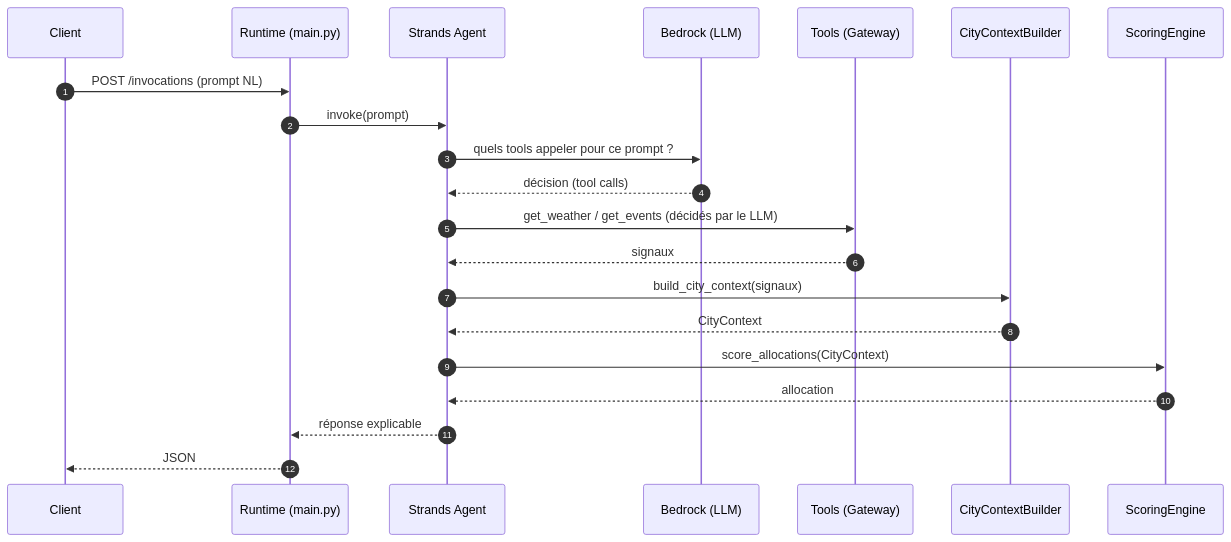
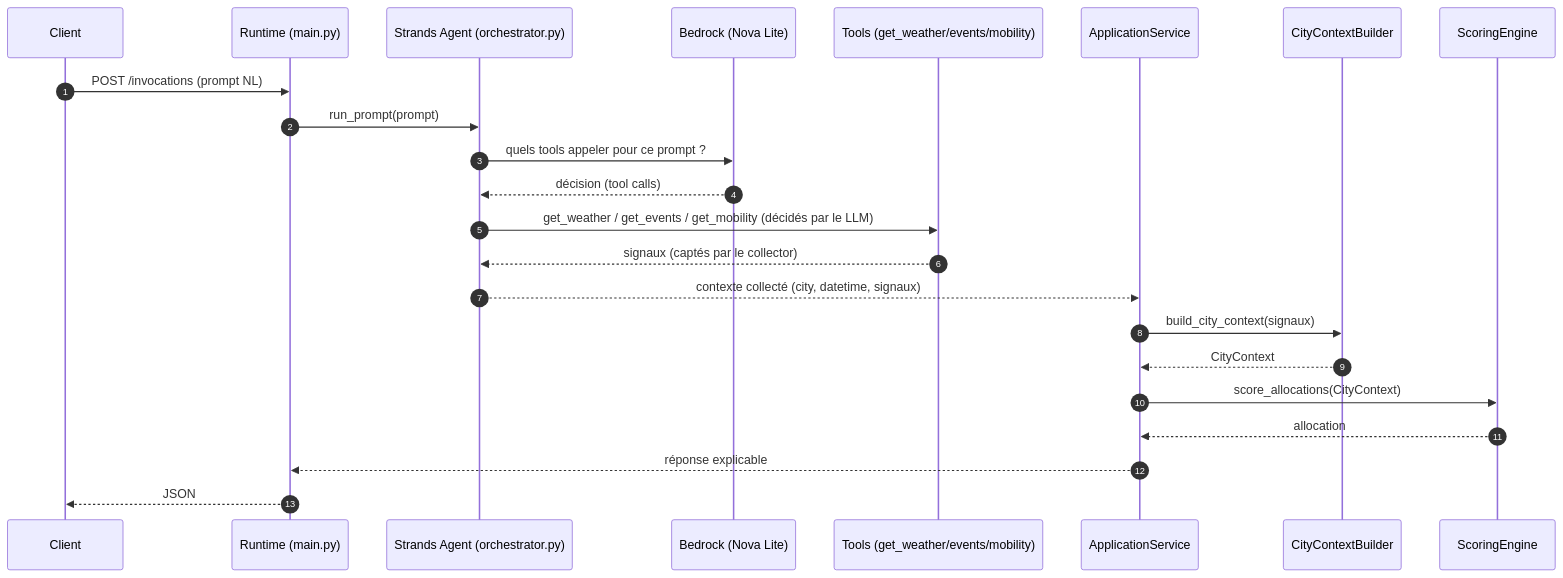
The second of 3 diagrams in docs/RUNTIME_MAPPING.md (ClementV78/aws-agentic-campaign-mvp), drawn with Mermaid before and after one commit. The commit also changed other lines of this file and 13 other files, not shown here.

First line of the commit message:
docs: resync to the deployed agentic MVP + capability map & trace diagrams

````diff
--- a/docs/RUNTIME_MAPPING.md
+++ b/docs/RUNTIME_MAPPING.md
@@ -65,24 +78,26 @@
 ```mermaid
 sequenceDiagram
     autonumber
     participant C as Client
     participant RT as Runtime (main.py)
-    participant AG as Strands Agent
-    participant M as Bedrock (LLM)
-    participant T as Tools (Gateway)
+    participant AG as Strands Agent (orchestrator.py)
+    participant M as Bedrock (Nova Lite)
+    participant T as Tools (get_weather/events/mobility)
+    participant AS as ApplicationService
     participant B as CityContextBuilder
     participant S as ScoringEngine
 
     C->>RT: POST /invocations (prompt NL)
-    RT->>AG: invoke(prompt)
+    RT->>AG: run_prompt(prompt)
     AG->>M: quels tools appeler pour ce prompt ?
     M-->>AG: décision (tool calls)
-    AG->>T: get_weather / get_events (décidés par le LLM)
-    T-->>AG: signaux
-    AG->>B: build_city_context(signaux)
-    B-->>AG: CityContext
-    AG->>S: score_allocations(CityContext)
-    S-->>AG: allocation
-    AG-->>RT: réponse explicable
+    AG->>T: get_weather / get_events / get_mobility (décidés par le LLM)
+    T-->>AG: signaux (captés par le collector)
+    AG-->>AS: contexte collecté (city, datetime, signaux)
+    AS->>B: build_city_context(signaux)
+    B-->>AS: CityContext
+    AS->>S: score_allocations(CityContext)
+    S-->>AS: allocation
+    AS-->>RT: réponse explicable
     RT-->>C: JSON
 ```
````
